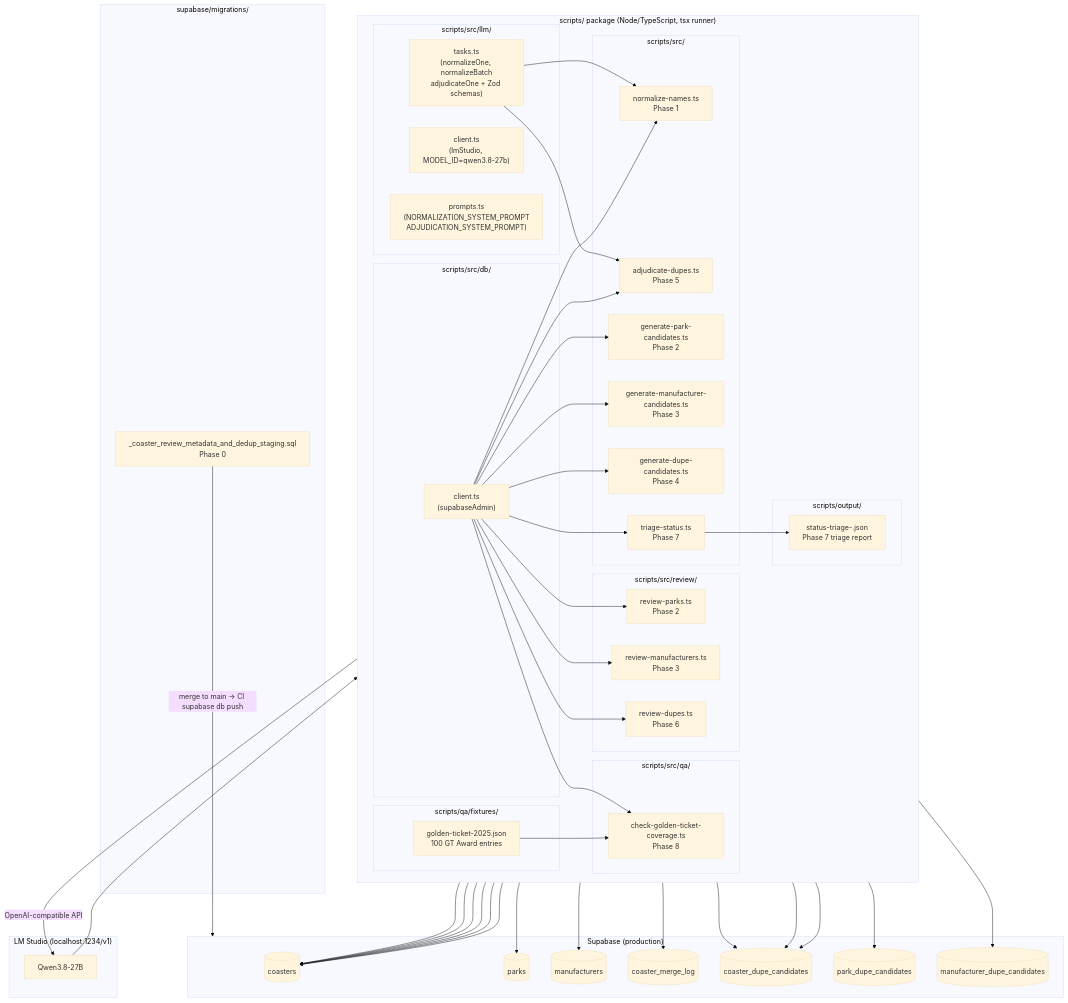
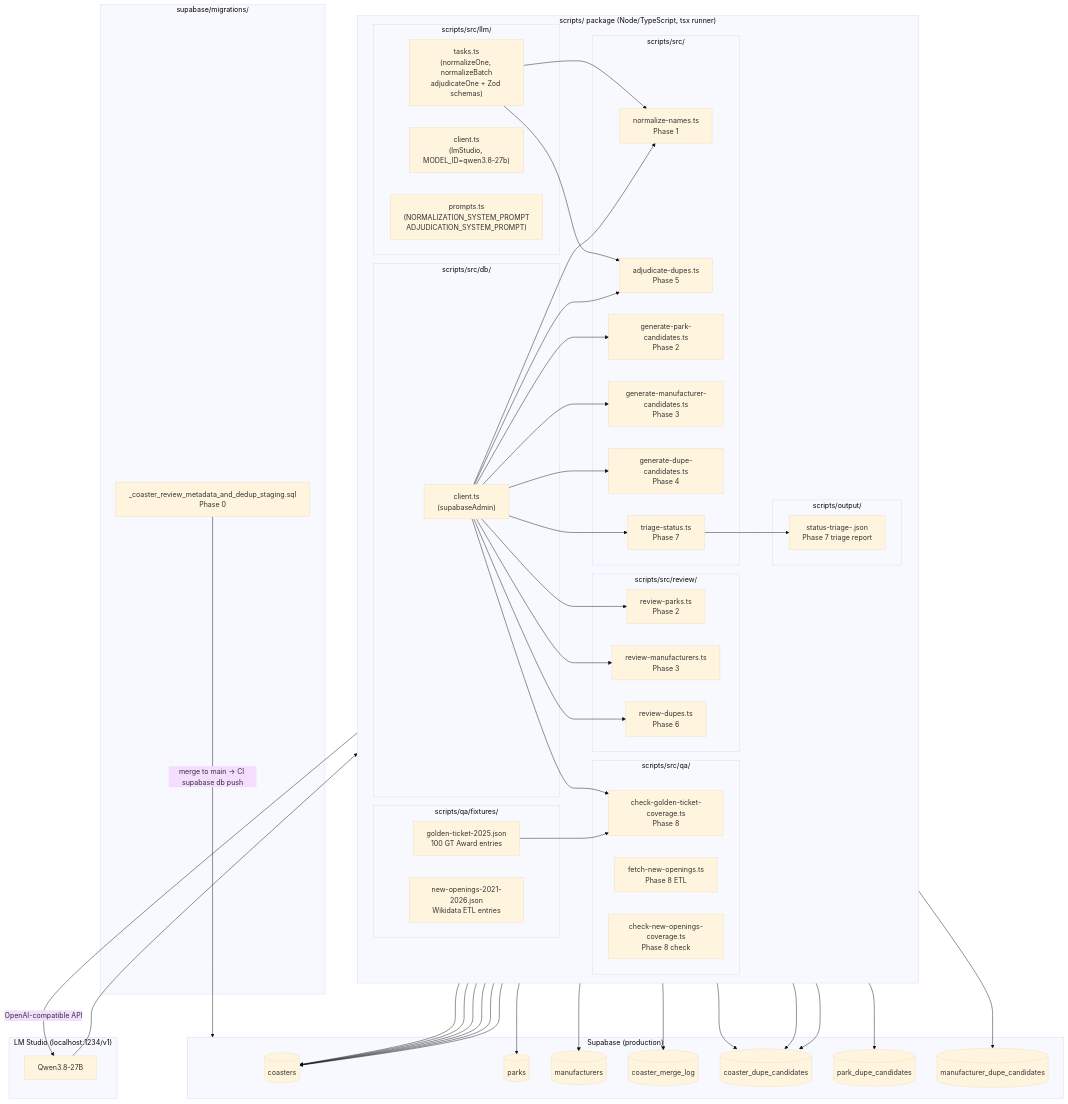
One commit to pandeiro/CoasterRank changed the diagram in docs/data/initial/DESIGN.md. Above: the diagram before and after it, drawn with Mermaid (base theme). The commit also changed other lines of this file and 4 other files, not shown here.

Commit message:
docs: extend Track A completeness pass with Wikidata new openings coverage

```diff
--- a/docs/data/initial/DESIGN.md
+++ b/docs/data/initial/DESIGN.md
@@ -73,10 +73,13 @@
 
         subgraph qa["scripts/src/qa/"]
             coverage["check-golden-ticket-coverage.ts\nPhase 8"]
+            fetch_new["fetch-new-openings.ts\nPhase 8 ETL"]
+            coverage_new["check-new-openings-coverage.ts\nPhase 8 check"]
         end
 
         subgraph fixtures["scripts/qa/fixtures/"]
             fx2["golden-ticket-2025.json\n100 GT Award entries"]
+            fx3["new-openings-2021-2026.json\nWikidata ETL entries"]
         end
 
         subgraph output["scripts/output/"]
```
